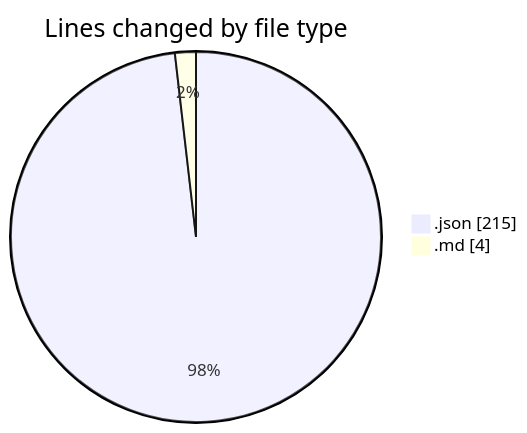
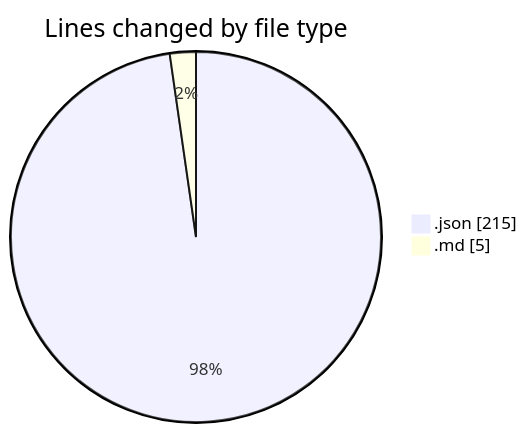
Before and after one commit to Ritupan-Deka/code-tracking: the first of 2 diagrams in 2025-07-10/urlwebwala_intership_work/README.md, drawn with Mermaid. The commit also changed other lines of this file and 1 other file, not shown here.

````diff
--- a/2025-07-10/urlwebwala_intership_work/README.md
+++ b/2025-07-10/urlwebwala_intership_work/README.md
@@ -21,6 +21,6 @@
 ```mermaid
 pie showData
 title Lines changed by file type
 ".json" : 215
-".md" : 4
+".md" : 5
 ```
````
